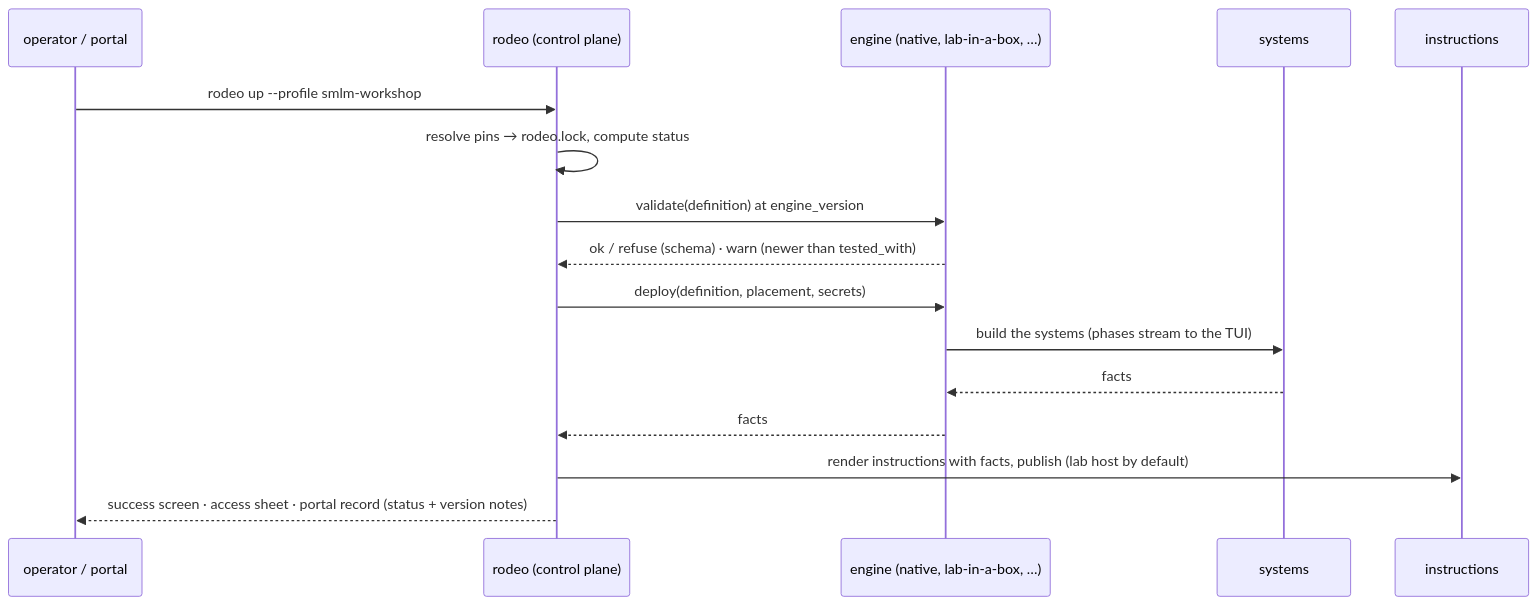
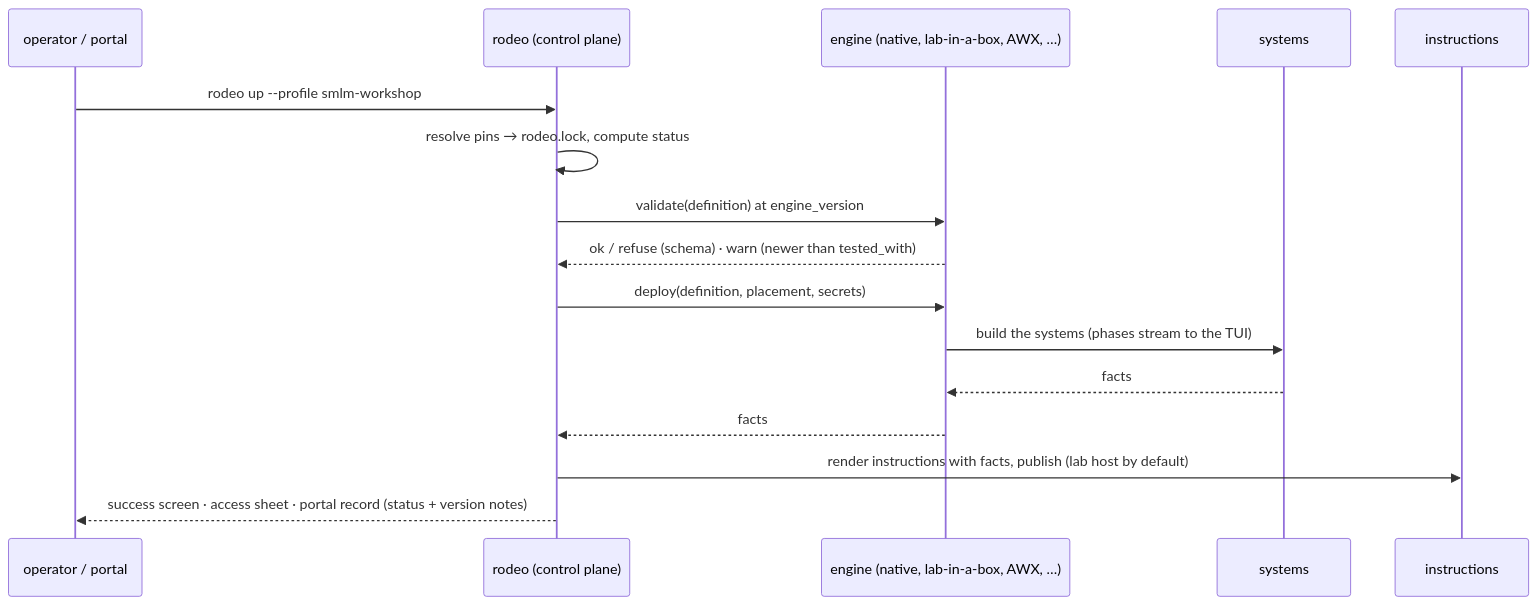
The third of 3 diagrams in docs/design/architecture-v2-overview.md (avaleror/rodeo-cli), drawn with Mermaid before and after one commit. The commit also changed other lines of this file and 2 other files, not shown here.

Commit message:
docs(design): engines are peers; a definition is written for one engine

````diff
--- a/docs/design/architecture-v2-overview.md
+++ b/docs/design/architecture-v2-overview.md
@@ -98,18 +117,18 @@
 ```mermaid
 sequenceDiagram
   participant Op as operator / portal
   participant CLI as rodeo (control plane)
-  participant Eng as engine (native, lab-in-a-box, …)
+  participant Eng as engine (native, lab-in-a-box, AWX, …)
   participant Sys as systems
   participant Guide as instructions
   Op->>CLI: rodeo up --profile smlm-workshop
   CLI->>CLI: resolve pins → rodeo.lock, compute status
   CLI->>Eng: validate(definition) at engine_version
   Eng-->>CLI: ok / refuse (schema) · warn (newer than tested_with)
   CLI->>Eng: deploy(definition, placement, secrets)
   Eng->>Sys: build the systems (phases stream to the TUI)
   Sys-->>Eng: facts
   Eng-->>CLI: facts
   CLI->>Guide: render instructions with facts, publish (lab host by default)
   CLI-->>Op: success screen · access sheet · portal record (status + version notes)
 ```
````
